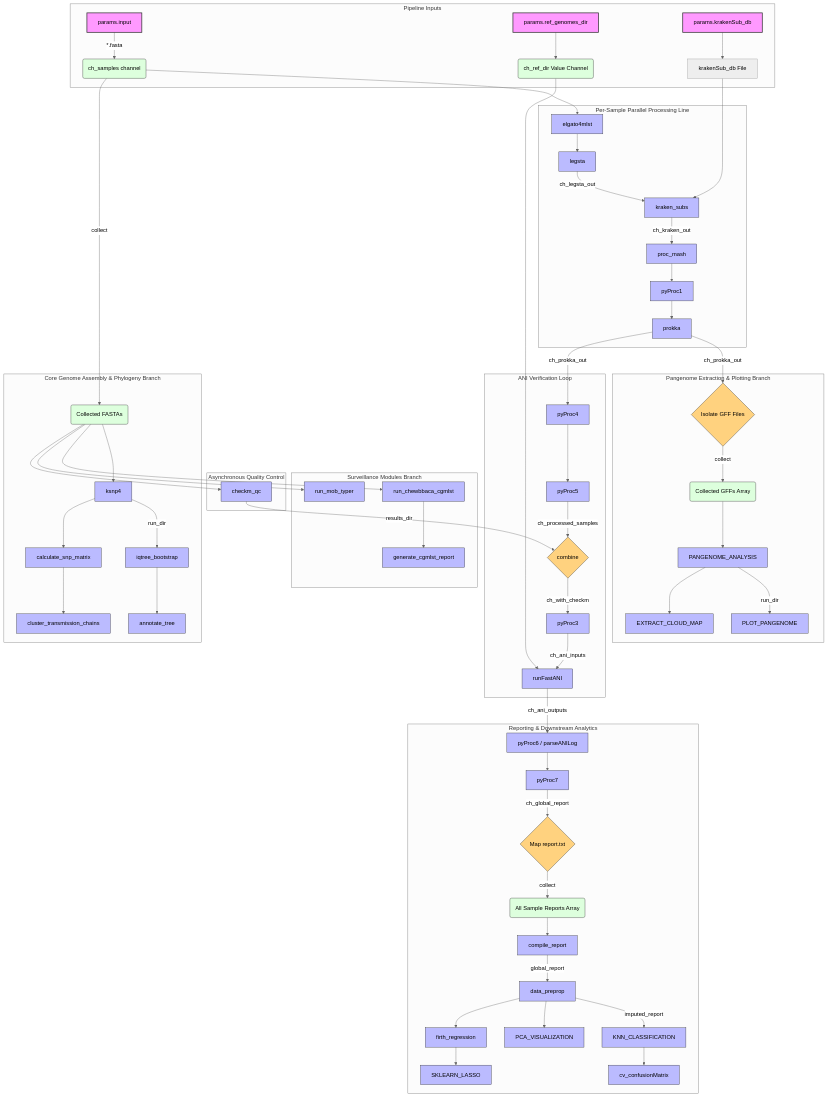
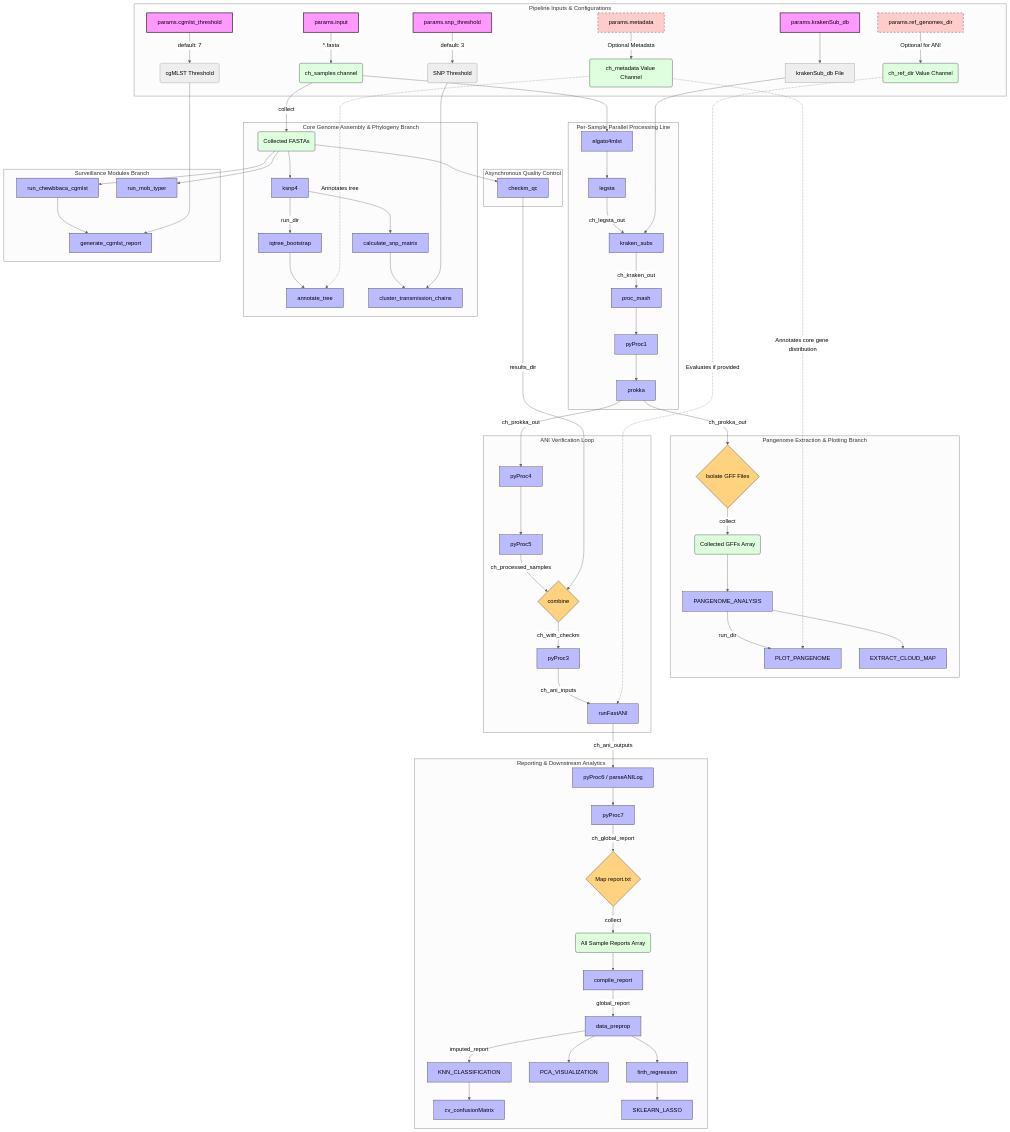
The diagram in README.md (BPHL-Molecular/clearwater), drawn with Mermaid (neutral theme) before and after one commit. The commit also changed other lines of this file, not shown here.

```diff
--- a/README.md
+++ b/README.md
@@ -35,15 +35,23 @@
 graph TD
     %% Configuration and Styling
     classDef params fill:#f9f,stroke:#333,stroke-width:2px;
+    classDef optionalParams fill:#fcc,stroke:#333,stroke-width:1px,stroke-dasharray: 5 5;
     classDef process fill:#bbf,stroke:#333,stroke-width:1px;
     classDef channel fill:#dfd,stroke:#333,stroke-width:1px;
     classDef collection fill:#ffd27f,stroke:#333,stroke-width:1px;
 
     %% Input Configurations / Parameters
-    subgraph Input_Parameters [Pipeline Inputs]
+    subgraph Input_Parameters [Pipeline Inputs & Configurations]
         P1[params.input] -->|*.fasta| ch_samples(ch_samples channel)
-        P2[params.ref_genomes_dir] --> ch_ref_dir(ch_ref_dir Value Channel)
         P3[params.krakenSub_db] --> kraken_db_file[krakenSub_db File]
+        
+        %% Optional Parameters
+        P2[params.ref_genomes_dir]:::optionalParams -->|Optional for ANI| ch_ref_dir(ch_ref_dir Value Channel)
+        P4[params.metadata]:::optionalParams -->|Optional Metadata| ch_metadata(ch_metadata Value Channel)
+        
+        %% Value Threshold Configurations
+        T1[params.snp_threshold]:::params -->|default: 3| ch_snp_thresh(SNP Threshold)
+        T2[params.cgmlst_threshold]:::params -->|default: 7| ch_cgmlst_thresh(cgMLST Threshold)
     end
 
     %% Parallel Sample Processing Stream (Linear Chain)
@@ -63,15 +71,21 @@
         ch_samples -->|collect| ch_collected_fastas(Collected FASTAs)
         ch_collected_fastas --> ksnp4[ksnp4]
         ksnp4 -->|run_dir| iqtree_bootstrap[iqtree_bootstrap]
+        
+        %% Annotated Tree with Optional Metadata Matrix
         iqtree_bootstrap --> annotate_tree[annotate_tree]
+        ch_metadata -.->|Annotates tree| annotate_tree
+        
         ksnp4 --> calculate_snp_matrix[calculate_snp_matrix]
         calculate_snp_matrix --> cluster_transmission_chains[cluster_transmission_chains]
+        ch_snp_thresh --> cluster_transmission_chains
     end
 
-    %% Surveillance Modules (Brand New!)
+    %% Surveillance Modules
     subgraph Surveillance_Modules [Surveillance Modules Branch]
         ch_collected_fastas --> run_chewbbaca_cgmlst[run_chewbbaca_cgmlst]
         run_chewbbaca_cgmlst --> generate_cgmlst_report[generate_cgmlst_report]
+        ch_cgmlst_thresh --> generate_cgmlst_report
         ch_collected_fastas --> run_mob_typer[run_mob_typer]
     end
 
@@ -86,6 +100,7 @@
         ch_collected_gffs --> PANGENOME_ANALYSIS[PANGENOME_ANALYSIS]
         PANGENOME_ANALYSIS -->|run_dir| PLOT_PANGENOME[PLOT_PANGENOME]
         PANGENOME_ANALYSIS --> EXTRACT_CLOUD_MAP[EXTRACT_CLOUD_MAP]
+        ch_metadata -.->|Annotates core gene distribution| PLOT_PANGENOME
     end
 
     %% Linear Chain Post-Prokka
@@ -99,7 +114,9 @@
 
         combine_checkm -->|ch_with_checkm| pyProc3[pyProc3]
         pyProc3 -->|ch_ani_inputs| runFastANI[runFastANI]
-        ch_ref_dir --> runFastANI
+        
+        %% Conditional ANI Execution Vector
+        ch_ref_dir -.->|Evaluates if provided| runFastANI
     end
 
     %% Consolidation and Statistical Analytics Node
@@ -124,9 +141,10 @@
     end
 
     %% Assigning Classes for Visual Identification
-    class P1,P2,P3 params;
+    class P1,P3,T1,T2 params;
+    class P2,P4 optionalParams;
     class elgato4mlst,legsta,kraken_subs,proc_mash,pyProc1,prokka,pyProc4,pyProc5,ksnp4,iqtree_bootstrap,annotate_tree,calculate_snp_matrix,cluster_transmission_chains,run_chewbbaca_cgmlst,generate_cgmlst_report,run_mob_typer,checkm_qc,PANGENOME_ANALYSIS,PLOT_PANGENOME,EXTRACT_CLOUD_MAP,pyProc3,runFastANI,pyProc6,pyProc7,compile_report,data_preprop,KNN_CLASSIFICATION,cv_confusionMatrix,PCA_VISUALIZATION,firth_regression,SKLEARN_LASSO process;
-    class ch_samples,ch_ref_dir,ch_collected_fastas,ch_collected_gffs,all_reports_ch channel;
+    class ch_samples,ch_ref_dir,ch_metadata,ch_collected_fastas,ch_collected_gffs,all_reports_ch channel;
     class combine_checkm,map_gff,map_report collection;
 
 
```
